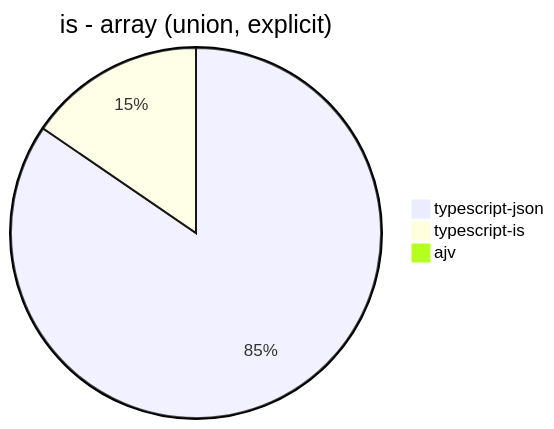
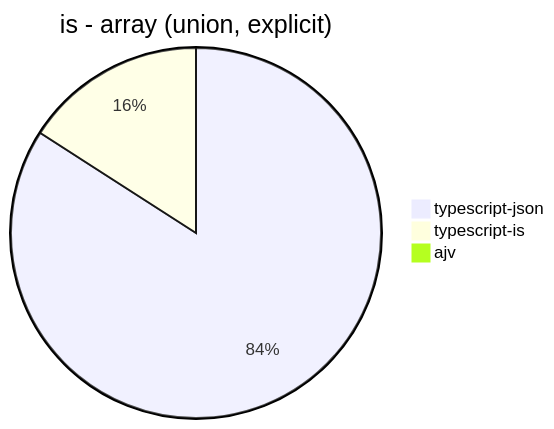
One commit to samchon/typia changed diagram 12 of 30 in benchmark/results/Apple M1 Pro.md. Above: the diagram before and after it, drawn with Mermaid. The commit also changed other lines of this file, not shown here.

````diff
--- a/benchmark/results/Apple M1 Pro.md
+++ b/benchmark/results/Apple M1 Pro.md
@@ -116,6 +116,6 @@
 ```mermaid
 pie title is - array (union, explicit)
-  "typescript-json": 5461.253309796999
-  "typescript-is": 998.4022723238062
+  "typescript-json": 6832.766439909297
+  "typescript-is": 1292.9111191075926
   "ajv": 0
 ```
````
